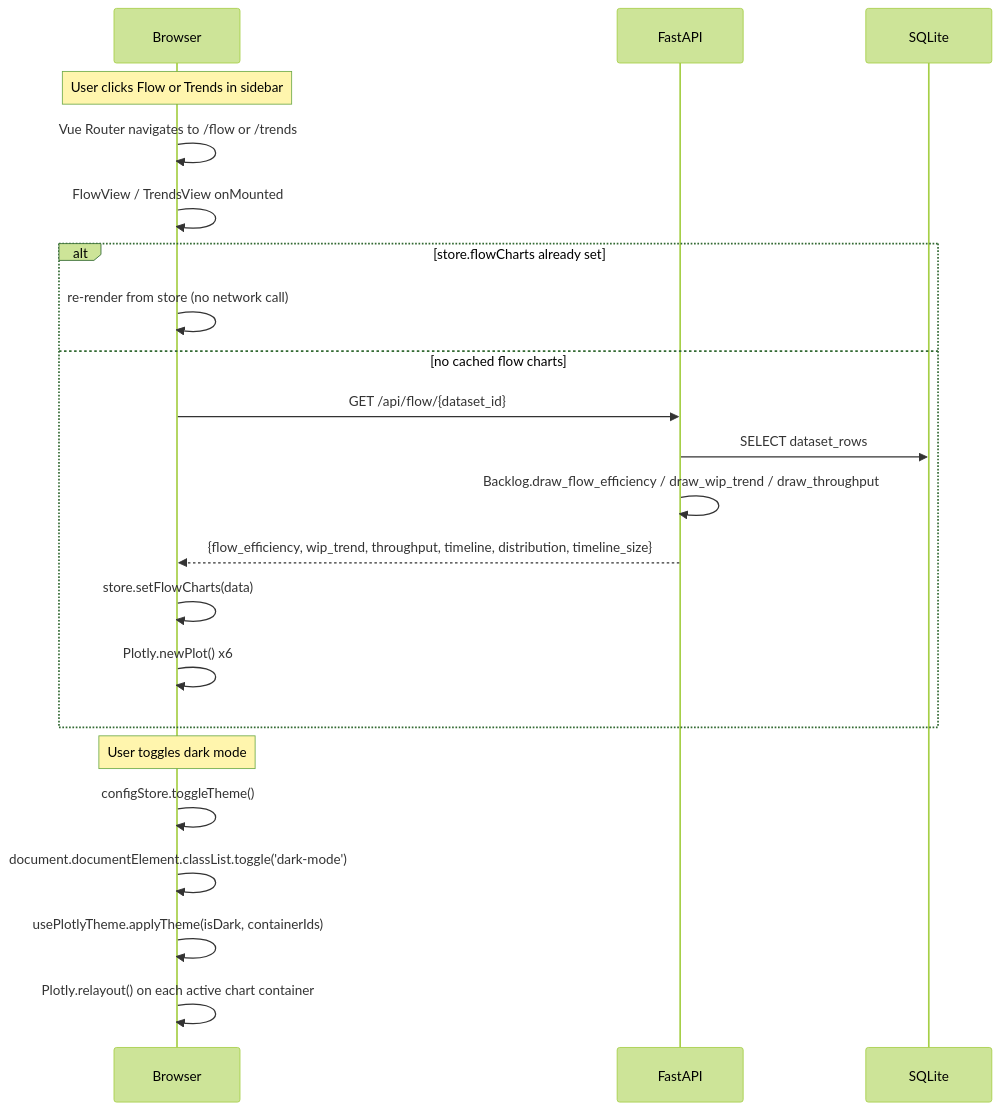
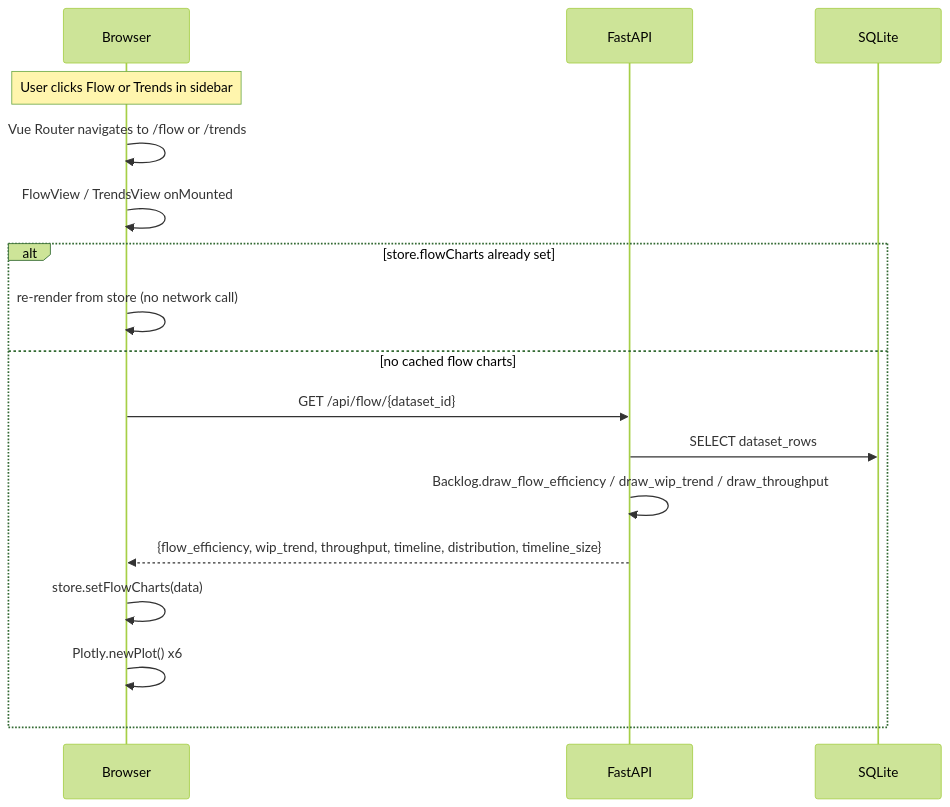
One commit to goncalovalverde/anansi changed the sixth of 6 diagrams in docs/diagrams/architecture.md. Above: the diagram before and after it, drawn with Mermaid (forest theme). The commit also changed other lines of this file and 11 other files, not shown here.

First line of the commit message:
remove: dark mode - all references removed

````diff
--- a/docs/diagrams/architecture.md
+++ b/docs/diagrams/architecture.md
@@ -182,26 +179,20 @@
 ```mermaid
 sequenceDiagram
     participant B as Browser
     participant API as FastAPI
     participant DB as SQLite
 
     Note over B: User clicks Flow or Trends in sidebar
     B->>B: Vue Router navigates to /flow or /trends
     B->>B: FlowView / TrendsView onMounted
     alt store.flowCharts already set
         B->>B: re-render from store (no network call)
     else no cached flow charts
         B->>API: GET /api/flow/{dataset_id}
         API->>DB: SELECT dataset_rows
         API->>API: Backlog.draw_flow_efficiency / draw_wip_trend / draw_throughput
         API-->>B: {flow_efficiency, wip_trend, throughput, timeline, distribution, timeline_size}
         B->>B: store.setFlowCharts(data)
         B->>B: Plotly.newPlot() x6
     end
-
-    Note over B: User toggles dark mode
-    B->>B: configStore.toggleTheme()
-    B->>B: document.documentElement.classList.toggle('dark-mode')
-    B->>B: usePlotlyTheme.applyTheme(isDark, containerIds)
-    B->>B: Plotly.relayout() on each active chart container
 ```
````
